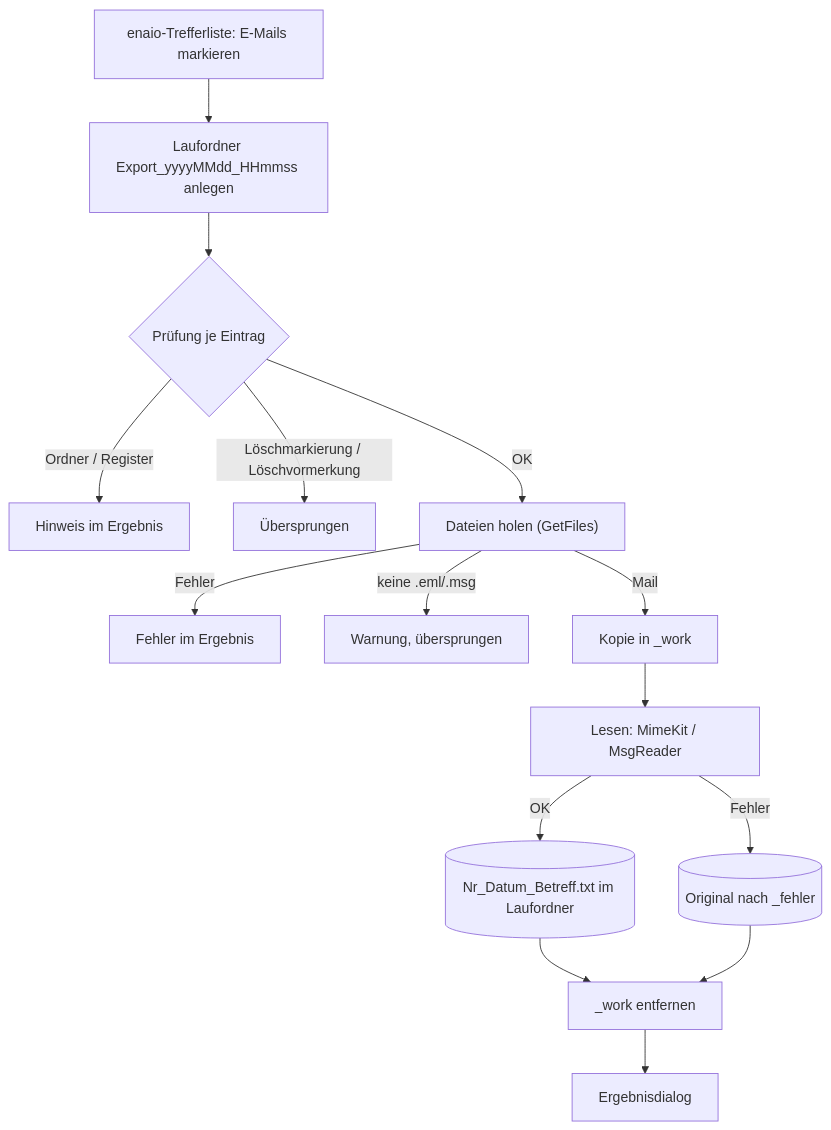
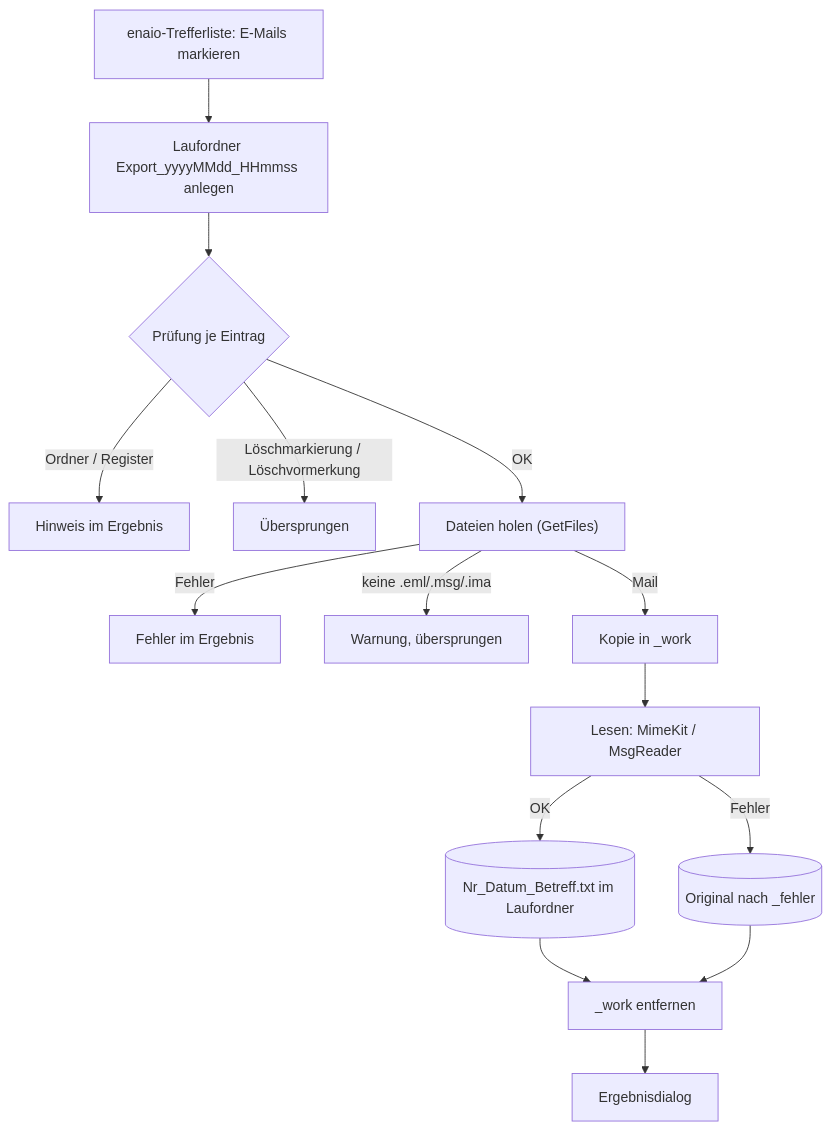
Before and after one commit to DanielWill76/Emails4KI: the diagram in README.md, drawn with Mermaid. The commit also changed other lines of this file and 10 other files, not shown here.

````diff
--- a/README.md
+++ b/README.md
@@ -87,17 +87,17 @@
 ```mermaid
 flowchart TD
     START["enaio-Trefferliste: E-Mails markieren"] --> RUN["Laufordner Export_yyyyMMdd_HHmmss anlegen"]
     RUN --> CHK{"Prüfung je Eintrag"}
     CHK -->|"Ordner / Register"| NONDOC["Hinweis im Ergebnis"]
     CHK -->|"Löschmarkierung / Löschvormerkung"| SKIP["Übersprungen"]
     CHK -->|"OK"| GET["Dateien holen (GetFiles)"]
     GET -->|"Fehler"| ERR1["Fehler im Ergebnis"]
-    GET -->|"keine .eml/.msg"| WARN["Warnung, übersprungen"]
+    GET -->|"keine .eml/.msg/.ima"| WARN["Warnung, übersprungen"]
     GET -->|"Mail"| COPY["Kopie in _work"]
     COPY --> READ["Lesen: MimeKit / MsgReader"]
     READ -->|"OK"| TXT[("Nr_Datum_Betreff.txt im Laufordner")]
     READ -->|"Fehler"| FEHLER[("Original nach _fehler")]
     TXT --> CLEAN["_work entfernen"]
     FEHLER --> CLEAN
     CLEAN --> DLG["Ergebnisdialog"]
 ```
````
